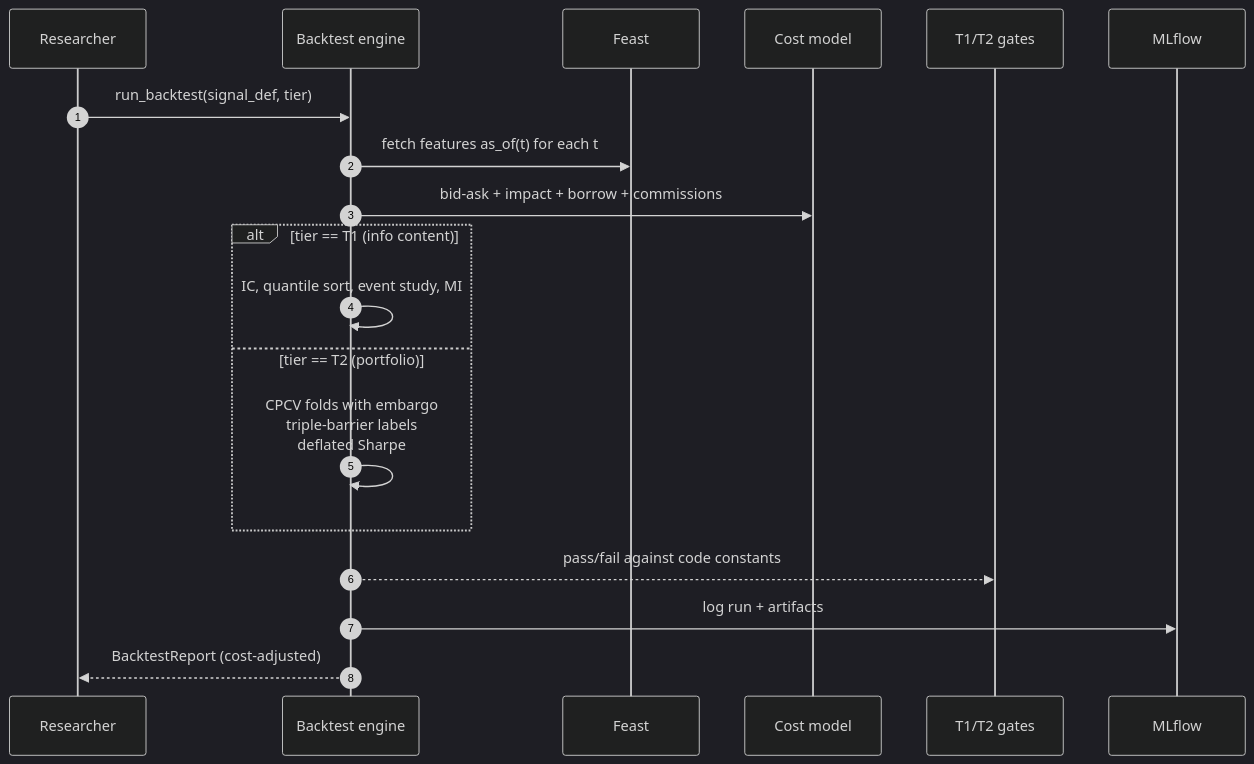
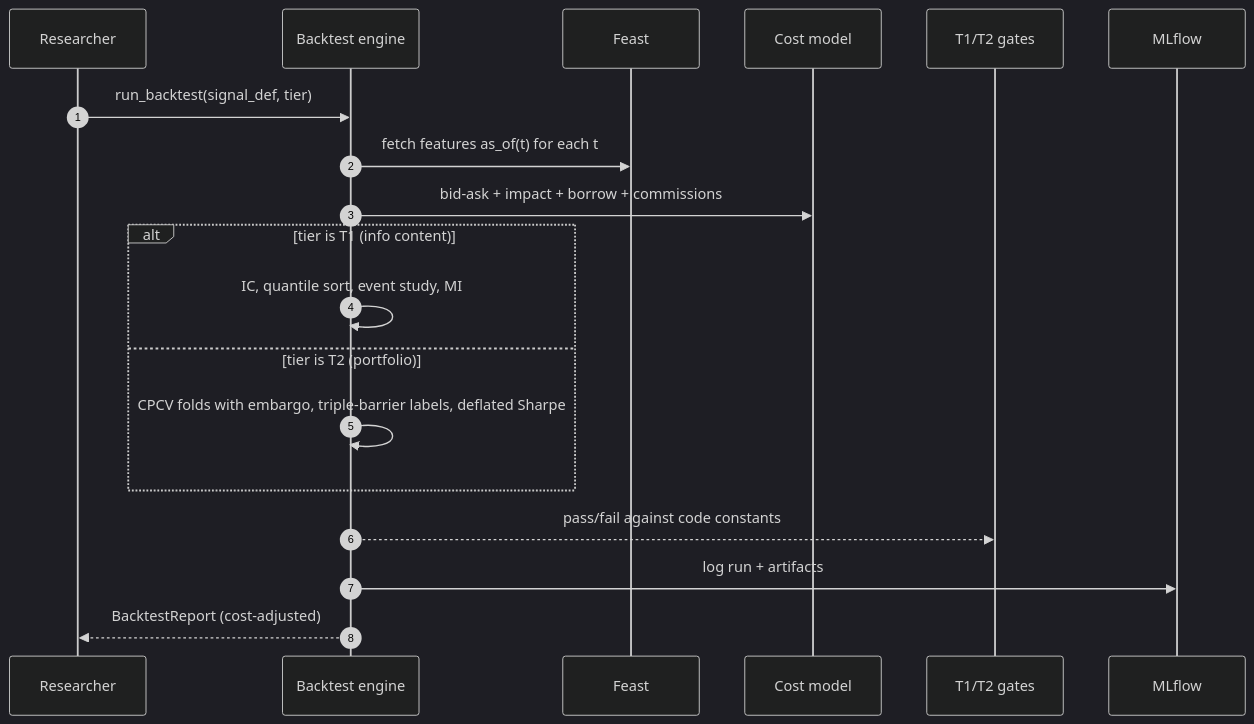
Before and after one commit to investlink-ai/auto-research: the fifth of 6 diagrams in docs/ARCHITECTURE.md, drawn with Mermaid (dark theme). The commit also changed other lines of this file, not shown here.

````diff
--- a/docs/ARCHITECTURE.md
+++ b/docs/ARCHITECTURE.md
@@ -244,22 +248,22 @@
 ```mermaid
 sequenceDiagram
     autonumber
     participant Researcher
     participant Engine as Backtest engine
     participant Feast
     participant Costs as Cost model
     participant Gates as T1/T2 gates
     participant MLflow
 
     Researcher->>Engine: run_backtest(signal_def, tier)
     Engine->>Feast: fetch features as_of(t) for each t
     Engine->>Costs: bid-ask + impact + borrow + commissions
-    alt tier == T1 (info content)
+    alt tier is T1 (info content)
         Engine->>Engine: IC, quantile sort, event study, MI
-    else tier == T2 (portfolio)
-        Engine->>Engine: CPCV folds with embargo<br/>triple-barrier labels<br/>deflated Sharpe
+    else tier is T2 (portfolio)
+        Engine->>Engine: CPCV folds with embargo, triple-barrier labels, deflated Sharpe
     end
     Engine-->>Gates: pass/fail against code constants
     Engine->>MLflow: log run + artifacts
     Engine-->>Researcher: BacktestReport (cost-adjusted)
 ```
````
